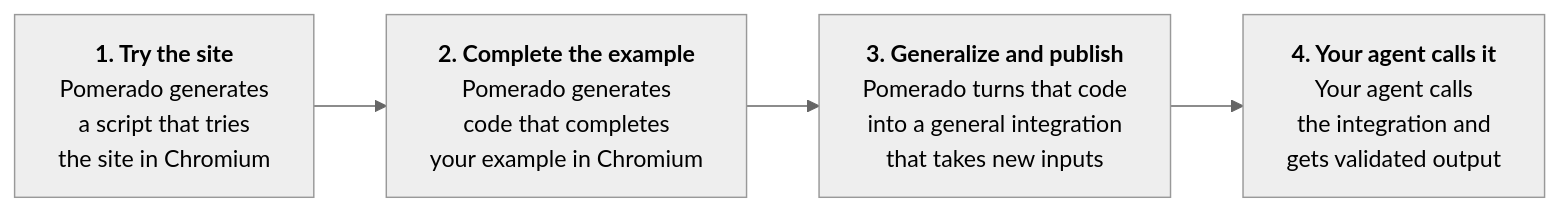
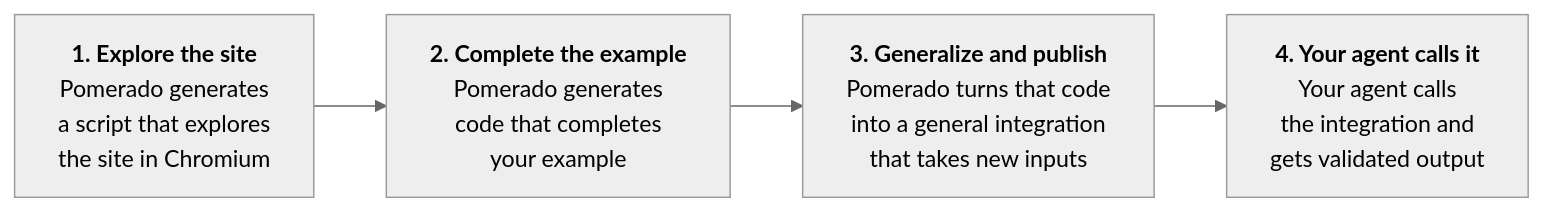
One commit to Pomerado/pomerado changed the diagram in README.md. Above: the diagram before and after it, drawn with Mermaid (neutral theme).

````diff
--- a/README.md
+++ b/README.md
@@ -34,8 +34,8 @@
 ```mermaid
 flowchart LR
-  try["<b>1. Try the site</b><br/>Pomerado generates<br/>a script that tries<br/>the site in Chromium"]
-  complete["<b>2. Complete the example</b><br/>Pomerado generates<br/>code that completes<br/>your example in Chromium"]
+  try["<b>1. Explore the site</b><br/>Pomerado generates<br/>a script that explores<br/>the site in Chromium"]
+  complete["<b>2. Complete the example</b><br/>Pomerado generates<br/>code that completes<br/>your example"]
   publish["<b>3. Generalize and publish</b><br/>Pomerado turns that code<br/>into a general integration<br/>that takes new inputs"]
   use["<b>4. Your agent calls it</b><br/>Your agent calls<br/>the integration and<br/>gets validated output"]
   try --> complete --> publish --> use
 ```
````
